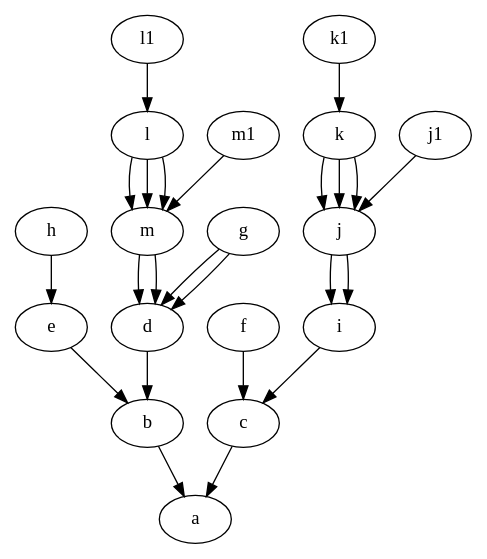
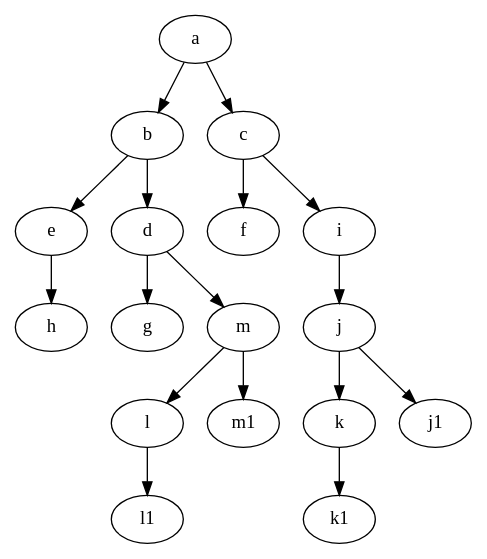
The diagram in model.dot (NomuraS/Tools_for_WBAF), drawn with Graphviz before and after one commit. The commit also changed 3 other files, not shown here.

```diff
--- a/model.dot
+++ b/model.dot
@@ -1,16 +1,18 @@
 digraph  model{
-"h"->"e"->"b"
-"g"->"d"
-"l"->"m"->"d"->"b"->"a"
-"f"->"c"
-"k"->"j"->"i"->"c"->"a"
-"m1"->"m"
-"l"->"m"
-"l1"->"l"
-"j1"->"j"
-"k"->"j"
-"k1"->"k"
-"g"->"d"
-"l"->"m"->"d"
-"k"->"j"->"i" 
+a->b
+b->e
+e->h
+b->d
+d->g
+d->m
+m->l
+a->c
+c->f
+c->i
+i->j
+j->k
+m->m1
+l->l1
+j->j1
+k->k1 
 }
```
